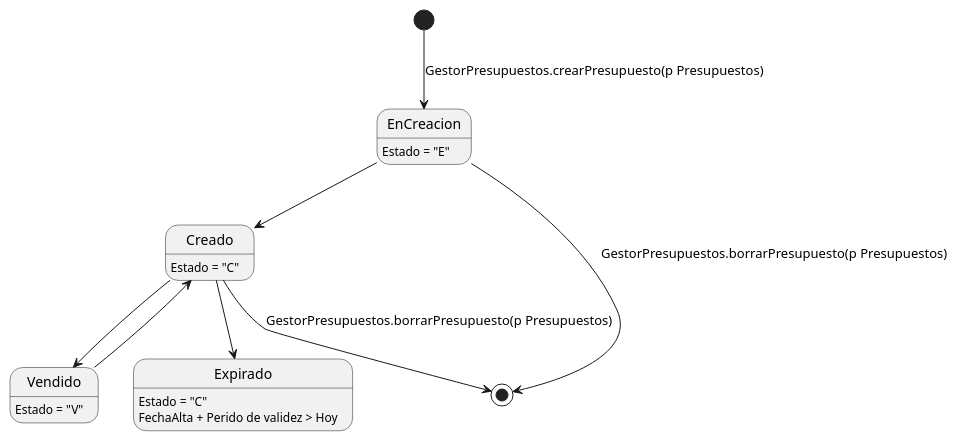
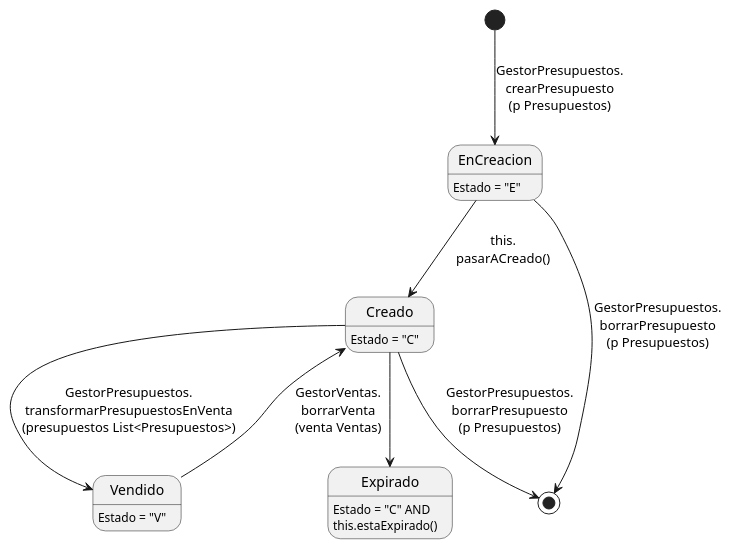
One commit to ZMGestion/DocumentacionZMGestion changed the fourth of 7 diagrams in DiagramasEstado/DiagramaDeEstado.puml. Above: the diagram before and after it, drawn with PlantUML. The commit also changed other lines of this file, not shown here.

Commit message:
Cambios en DiagramaDeEstado

```diff
--- a/DiagramasEstado/DiagramaDeEstado.puml
+++ b/DiagramasEstado/DiagramaDeEstado.puml
@@ -85,17 +90,17 @@
 @startuml presupuestos
 
 EnCreacion: Estado = "E"
 Creado: Estado = "C"
 Vendido: Estado = "V"
-Expirado: Estado = "C"
-Expirado: FechaAlta + Perido de validez > Hoy
+Expirado: Estado = "C" AND
+Expirado: this.estaExpirado()
 
-[*] --> EnCreacion: GestorPresupuestos.crearPresupuesto(p Presupuestos)
-EnCreacion --> Creado
-Creado --> Vendido
+[*] --> EnCreacion: GestorPresupuestos.\ncrearPresupuesto\n(p Presupuestos)
+EnCreacion --> Creado: this.\npasarACreado()
+Creado --> Vendido: GestorPresupuestos.\ntransformarPresupuestosEnVenta\n(presupuestos List<Presupuestos>)
 Creado --> Expirado
-Vendido --> Creado
-EnCreacion --> [*]: GestorPresupuestos.borrarPresupuesto(p Presupuestos)
-Creado --> [*]: GestorPresupuestos.borrarPresupuesto(p Presupuestos)
+Vendido --> Creado: GestorVentas.\nborrarVenta\n(venta Ventas)
+EnCreacion --> [*]: GestorPresupuestos.\nborrarPresupuesto\n(p Presupuestos)
+Creado --> [*]: GestorPresupuestos.\nborrarPresupuesto\n(p Presupuestos)
 
 @enduml
```
